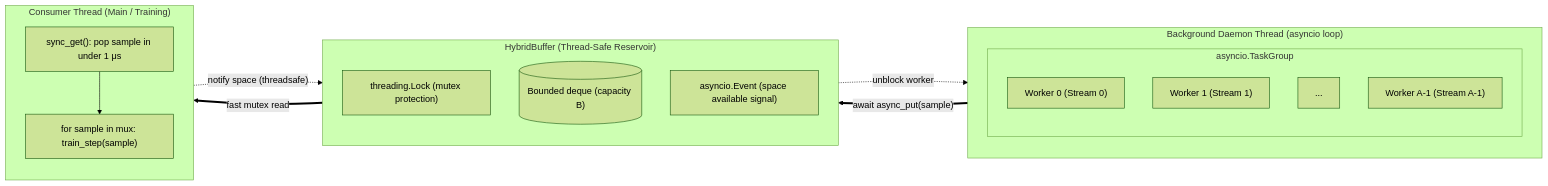
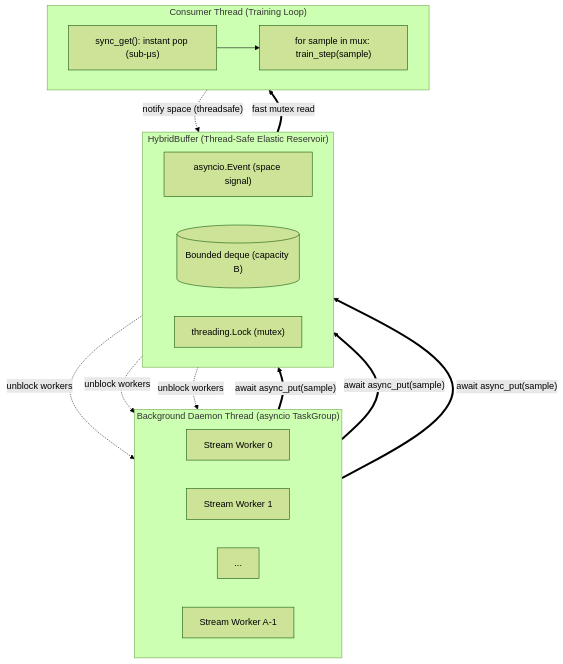
Before and after one commit to pescadores/pescador: the diagram in docs/prefetching.rst, drawn with Mermaid (forest theme). The commit also changed 1 other file, not shown here.

Commit message:
Fix Mermaid font scaling and aspect ratio in documentation
- Structure architecture flowchart as a 3-tier pipeline with internal horizontal rows (direction LR within subgraphs) so native width (~580px) fits into PyData theme article column without downscaling
- Set mermaid_height = 'auto' in docs/conf.py to eliminate default 500px SVG stretching
- Set fontSize = '15px' in mermaid_init_config for crisp typography

```diff
--- a/docs/prefetching.rst
+++ b/docs/prefetching.rst
@@ -158,32 +158,29 @@
 .. mermaid::
 
-   flowchart LR
-       subgraph Background["Background Daemon Thread (asyncio loop)"]
-           direction TB
-           subgraph TG["asyncio.TaskGroup"]
-               direction TB
-               W0["Worker 0 (Stream 0)"]
-               W1["Worker 1 (Stream 1)"]
-               Wdots["..."]
-               WA["Worker A-1 (Stream A-1)"]
-           end
+   flowchart TD
+       subgraph Producers["Background Daemon Thread (asyncio TaskGroup)"]
+           direction LR
+           W0["Stream Worker 0"]
+           W1["Stream Worker 1"]
+           Wdots["..."]
+           WA["Stream Worker A-1"]
        end
 
-       subgraph Buffer["HybridBuffer (Thread-Safe Reservoir)"]
-           direction TB
-           Lock["threading.Lock (mutex protection)"]
+       subgraph Buffer["HybridBuffer (Thread-Safe Elastic Reservoir)"]
+           direction LR
+           Event["asyncio.Event (space signal)"]
            Deque[("Bounded deque (capacity B)")]
-           Event["asyncio.Event (space available signal)"]
+           Lock["threading.Lock (mutex)"]
        end
 
-       subgraph Consumer["Consumer Thread (Main / Training)"]
-           direction TB
-           Pop["sync_get(): pop sample in under 1 μs"]
+       subgraph Consumer["Consumer Thread (Training Loop)"]
+           direction LR
+           Pop["sync_get(): instant pop (sub-μs)"]
            Loop["for sample in mux: train_step(sample)"]
        end
 
-       TG ==>|"await async_put(sample)"| Deque
+       W0 & W1 & WA ==>|"await async_put(sample)"| Deque
        Deque ==>|"fast mutex read"| Pop
        Pop --> Loop
        Pop -.->|"notify space (threadsafe)"| Event
-       Event -.->|"unblock worker"| TG
+       Event -.->|"unblock workers"| W0 & W1 & WA
```
